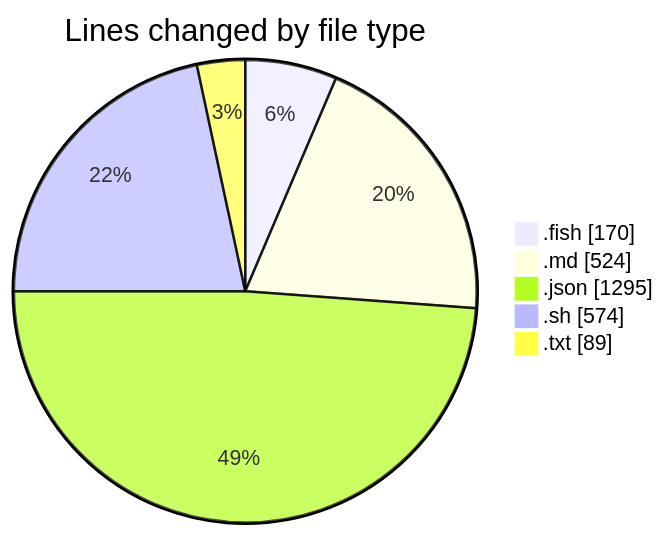
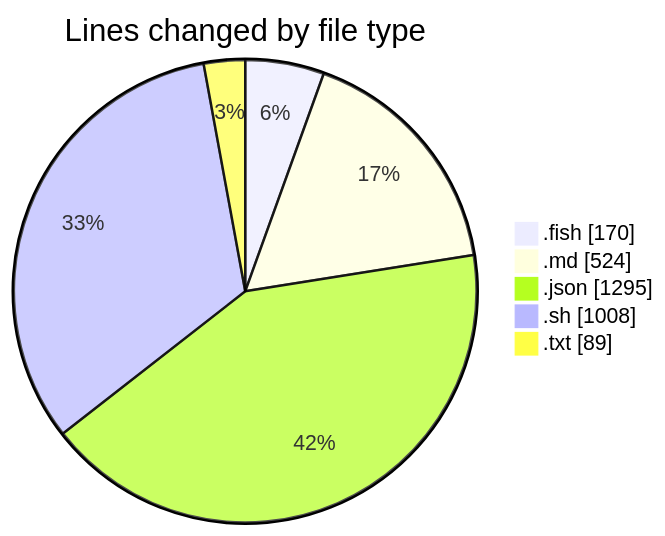
Before and after one commit to EIIisD/code-tracking: the first of 2 diagrams in 2025-07-10/fish/README.md, drawn with Mermaid. The commit also changed other lines of this file and 1 other file, not shown here.

````diff
--- a/2025-07-10/fish/README.md
+++ b/2025-07-10/fish/README.md
@@ -26,9 +26,9 @@
 ```mermaid
 pie showData
 title Lines changed by file type
 ".fish" : 170
 ".md" : 524
 ".json" : 1295
-".sh" : 574
+".sh" : 1008
 ".txt" : 89
 ```
````
